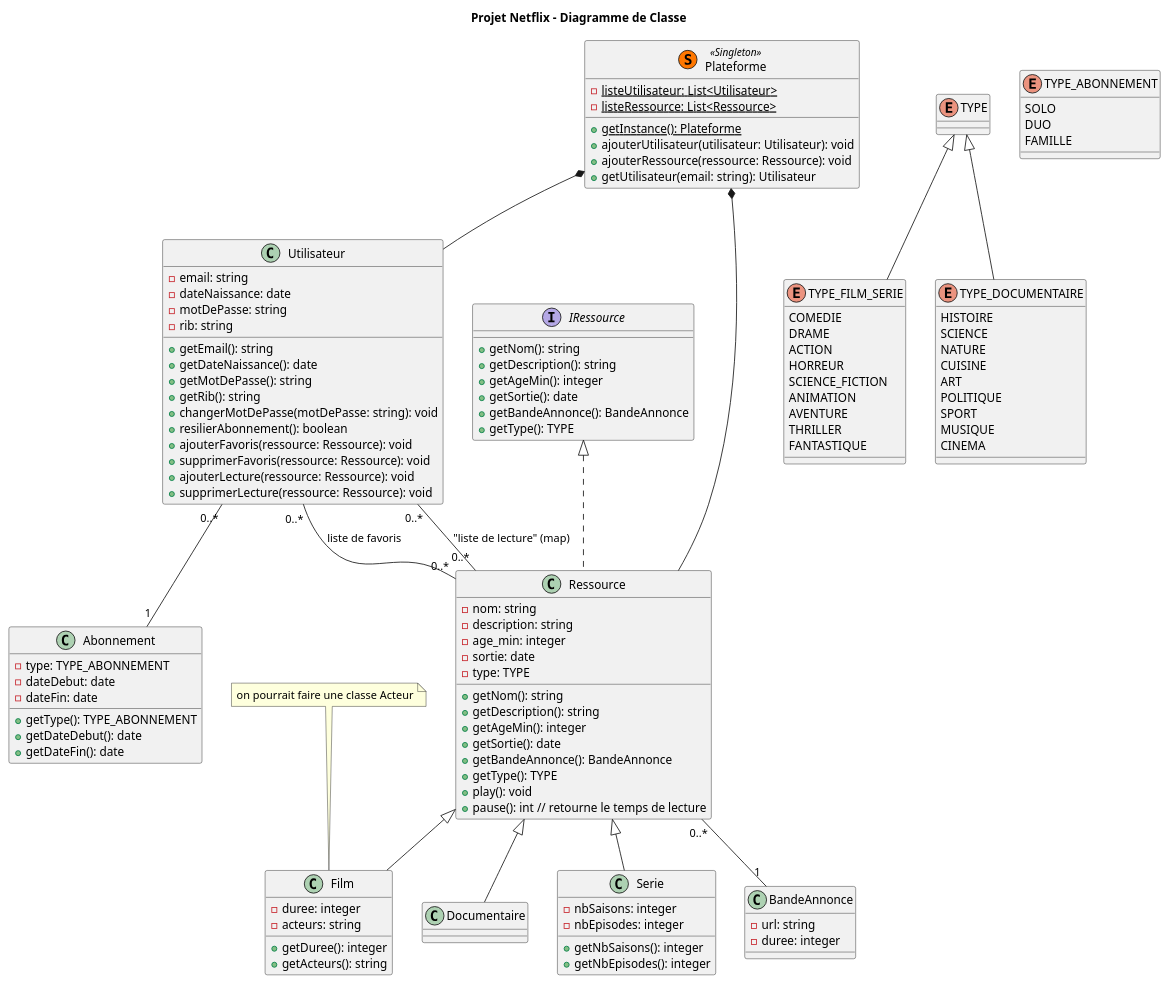
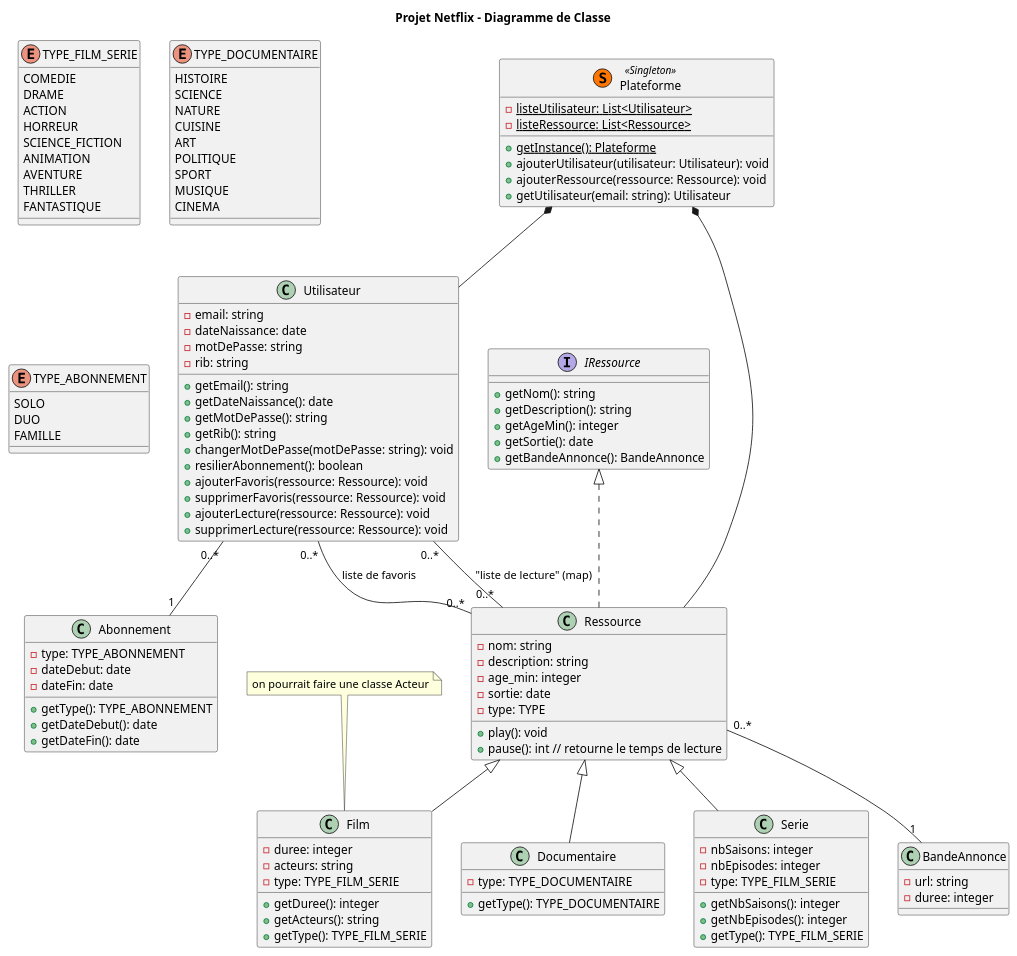
Before and after one commit to tigrou23/Netflix_JAVA: the diagram in diagramme.puml, drawn with PlantUML.

Commit message:
Changement de la gestion des types de ressources

```diff
--- a/diagramme.puml
+++ b/diagramme.puml
@@ -1,146 +1,141 @@
 @startuml
 
 title Projet Netflix - Diagramme de Classe
 
 class Plateforme << (S,#FF7700) Singleton >>{
     {static} - listeUtilisateur: List<Utilisateur>
     {static} - listeRessource: List<Ressource>
     {static} + getInstance(): Plateforme
     + ajouterUtilisateur(utilisateur: Utilisateur): void
     + ajouterRessource(ressource: Ressource): void
     + getUtilisateur(email: string): Utilisateur
 }
 
 Plateforme *-- Utilisateur
 Plateforme *-- Ressource
 
 /'
 ---- Définition des Ressources ----
 '/
-
-enum TYPE
 
 enum TYPE_FILM_SERIE {
     COMEDIE
     DRAME
     ACTION
     HORREUR
     SCIENCE_FICTION
     ANIMATION
     AVENTURE
     THRILLER
     FANTASTIQUE
 }
 
 enum TYPE_DOCUMENTAIRE{
     HISTOIRE
     SCIENCE
     NATURE
     CUISINE
     ART
     POLITIQUE
     SPORT
     MUSIQUE
     CINEMA
 }
 
-enum TYPE_FILM_SERIE extends TYPE
-enum TYPE_DOCUMENTAIRE extends TYPE
-
 class BandeAnnonce{
     - url: string
     - duree: integer
 }
 
 interface IRessource{
     + getNom(): string
     + getDescription(): string
     + getAgeMin(): integer
     + getSortie(): date
     + getBandeAnnonce(): BandeAnnonce
-    + getType(): TYPE
 }
 
 note "on pourrait faire une classe Acteur" as acteur
 acteur .. Film
 
 abstract Ressource {
     - nom: string
     - description: string
     - age_min: integer
     - sortie: date
     - type: TYPE
-    + getNom(): string
-    + getDescription(): string
-    + getAgeMin(): integer
-    + getSortie(): date
-    + getBandeAnnonce(): BandeAnnonce
-    + getType(): TYPE
     + play(): void
     + pause(): int // retourne le temps de lecture
 }
 
 Ressource "0..*" -- "1" BandeAnnonce
 class Ressource implements IRessource
 
 class Film{
     - duree: integer
     - acteurs: string
+    - type: TYPE_FILM_SERIE
     + getDuree(): integer
     + getActeurs(): string
+    + getType(): TYPE_FILM_SERIE
 }
 
-class Documentaire
+class Documentaire{
+    - type: TYPE_DOCUMENTAIRE
+    + getType(): TYPE_DOCUMENTAIRE
+}
 
 class Serie{
     - nbSaisons: integer
     - nbEpisodes: integer
+    - type: TYPE_FILM_SERIE
     + getNbSaisons(): integer
     + getNbEpisodes(): integer
+    + getType(): TYPE_FILM_SERIE
 }
 
 class Film extends Ressource
 class Documentaire extends Ressource
 class Serie extends Ressource
 
 /'
 ---- Définition des Utilisateurs ----
 '/
 
 enum TYPE_ABONNEMENT{
     SOLO
     DUO
     FAMILLE
 }
 
 class Abonnement{
     - type: TYPE_ABONNEMENT
     - dateDebut: date
     - dateFin: date
     + getType(): TYPE_ABONNEMENT
     + getDateDebut(): date
     + getDateFin(): date
 }
 
 class Utilisateur{
     - email: string
     - dateNaissance: date
     - motDePasse: string
     - rib: string
     + getEmail(): string
     + getDateNaissance(): date
     + getMotDePasse(): string
     + getRib(): string
     + changerMotDePasse(motDePasse: string): void
     + resilierAbonnement(): boolean
     + ajouterFavoris(ressource: Ressource): void
     + supprimerFavoris(ressource: Ressource): void
     + ajouterLecture(ressource: Ressource): void
     + supprimerLecture(ressource: Ressource): void
 }
 
 Utilisateur "0..*" -- "0..*" Ressource : "liste de favoris"
 Utilisateur "0..*" -- "0..*" Ressource : "liste de lecture" (map)
 Utilisateur "0..*" -- "1" Abonnement
 
 @enduml
```
